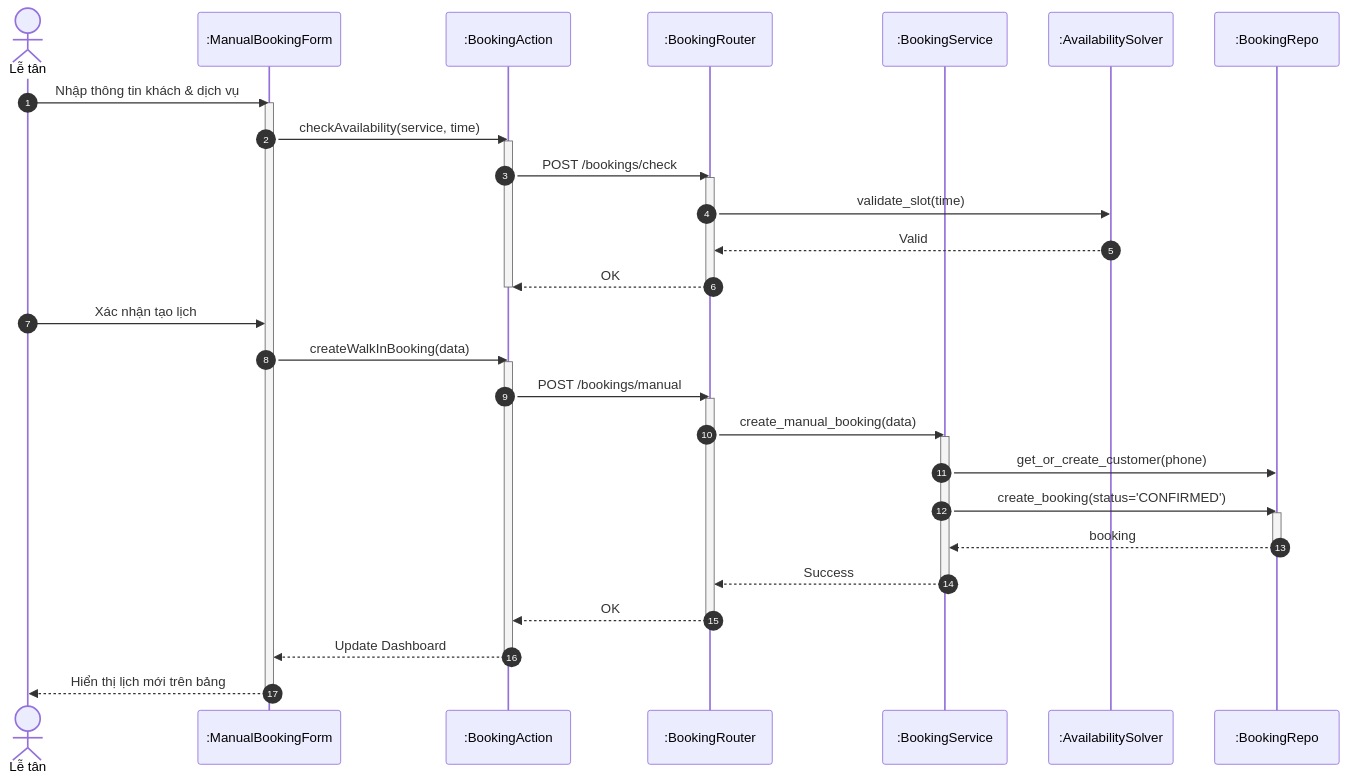
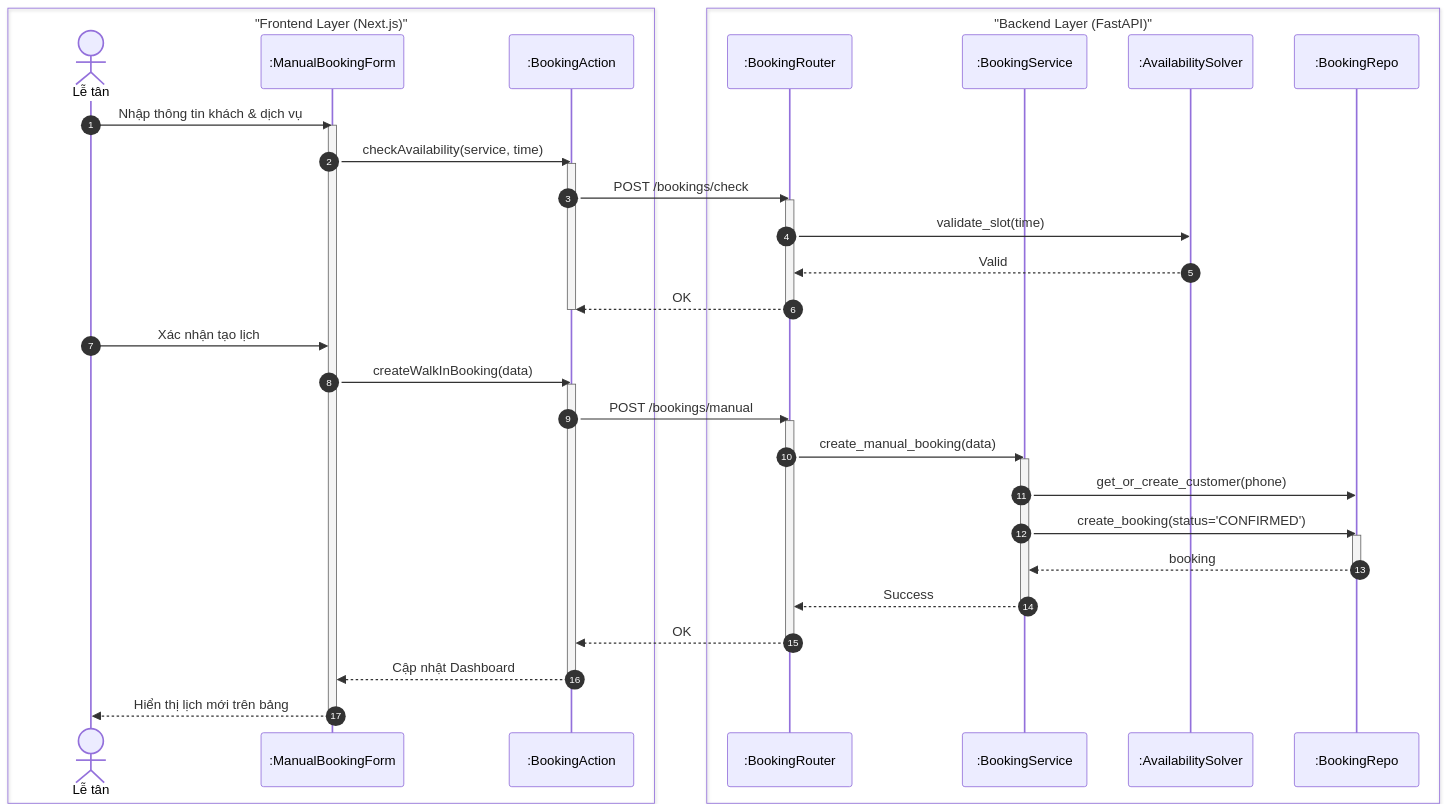
The second of 4 diagrams in docs/design/sequences/receptionist_flows.md (ngoctinn/Synapse), drawn with Mermaid before and after one commit. The commit also changed other lines of this file and 4 other files, not shown here.

Commit message:
docs: Add initial sequence diagrams for authentication, customer, technician, receptionist, and admin flows.

````diff
--- a/docs/design/sequences/receptionist_flows.md
+++ b/docs/design/sequences/receptionist_flows.md
@@ -70,52 +75,57 @@
 ```mermaid
 sequenceDiagram
     autonumber
-    actor LT as Lễ tân
-    participant UI as :ManualBookingForm
-    participant BFF as :BookingAction
-    participant API as :BookingRouter
-    participant S as :BookingService
-    participant SOLVER as :AvailabilitySolver
-    participant DB as :BookingRepo
+    box "Frontend Layer (Next.js)"
+        actor LT as Lễ tân
+        participant UI as :ManualBookingForm
+        participant BFF as :BookingAction
+    end
+
+    box "Backend Layer (FastAPI)"
+        participant API as :BookingRouter
+        participant S as :BookingService
+        participant SOLVER as :AvailabilitySolver
+        participant DB as :BookingRepo
+    end
 
     LT->>UI: Nhập thông tin khách & dịch vụ
     activate UI
     UI->>BFF: checkAvailability(service, time)
     activate BFF
 
     BFF->>API: POST /bookings/check
     activate API
     API->>SOLVER: validate_slot(time)
     SOLVER-->>API: Valid
     API-->>BFF: OK
     deactivate API
     deactivate BFF
 
     LT->>UI: Xác nhận tạo lịch
     UI->>BFF: createWalkInBooking(data)
     activate BFF
 
     BFF->>API: POST /bookings/manual
     activate API
 
     API->>S: create_manual_booking(data)
     activate S
 
     S->>DB: get_or_create_customer(phone)
     S->>DB: create_booking(status='CONFIRMED')
     activate DB
     DB-->>S: booking
     deactivate DB
 
     S-->>API: Success
     deactivate S
 
     API-->>BFF: OK
     deactivate API
 
-    BFF-->>UI: Update Dashboard
+    BFF-->>UI: Cập nhật Dashboard
     deactivate BFF
 
     UI-->>LT: Hiển thị lịch mới trên bảng
     deactivate UI
 ```
````
